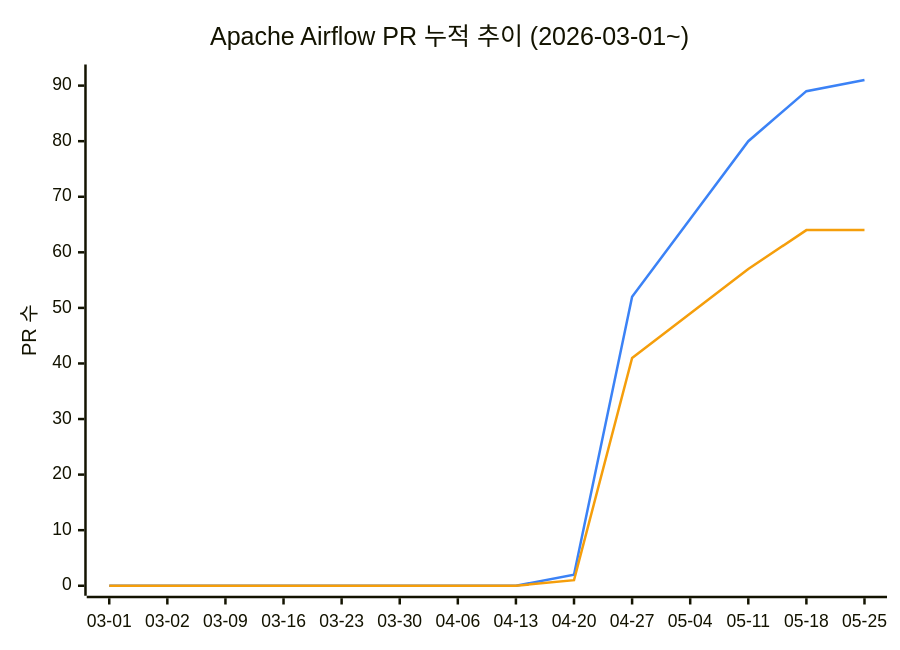
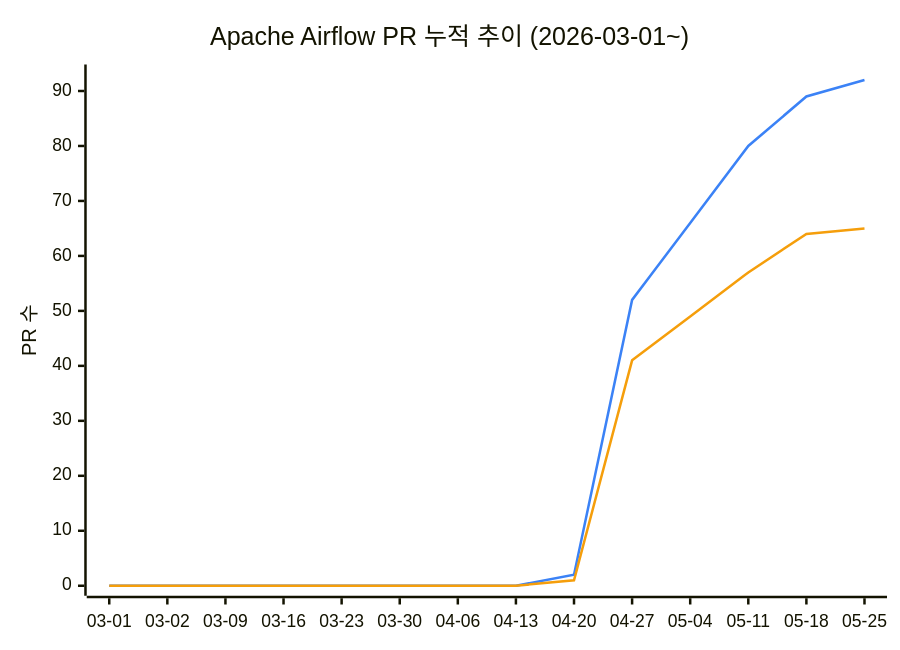
One commit to AirflowKorea/ossca changed the diagram in README.md. Above: the diagram before and after it, drawn with Mermaid. The commit also changed other lines of this file, not shown here.

````diff
--- a/README.md
+++ b/README.md
@@ -11,9 +11,9 @@
 ```mermaid
 %%{init: {"themeVariables": {"xyChart": {"plotColorPalette": "#3b82f6, #f59e0b"}}}}%%
 xychart-beta
     title "Apache Airflow PR 누적 추이 (2026-03-01~)"
     x-axis ["03-01", "03-02", "03-09", "03-16", "03-23", "03-30", "04-06", "04-13", "04-20", "04-27", "05-04", "05-11", "05-18", "05-25"]
-    y-axis "PR 수" 0 --> 92
-    line [0, 0, 0, 0, 0, 0, 0, 0, 2, 52, 66, 80, 89, 91]
-    line [0, 0, 0, 0, 0, 0, 0, 0, 1, 41, 49, 57, 64, 64]
+    y-axis "PR 수" 0 --> 93
+    line [0, 0, 0, 0, 0, 0, 0, 0, 2, 52, 66, 80, 89, 92]
+    line [0, 0, 0, 0, 0, 0, 0, 0, 1, 41, 49, 57, 64, 65]
 ```
````
